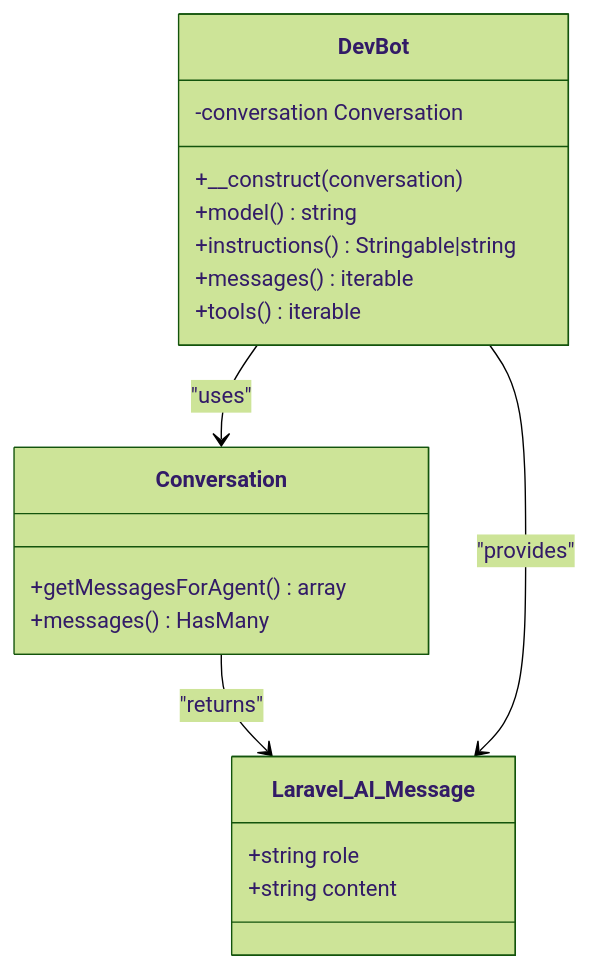
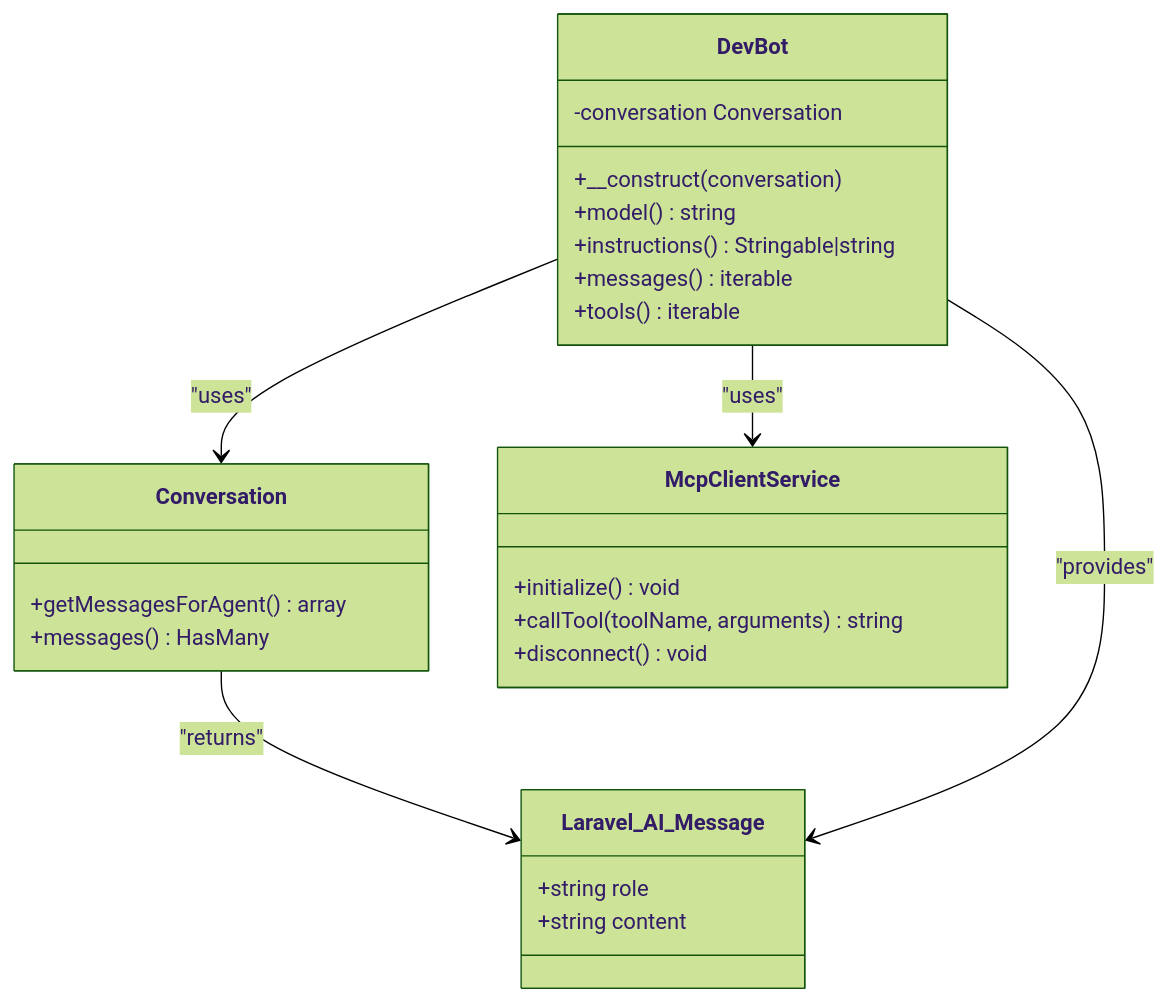
Before and after one commit to siimliimand/laravel-assistant: the fifth of 8 diagrams in .qoder/repowiki/en/content/Database and Data Management/Conversation Persistence System.md, drawn with Mermaid (forest theme). The commit also changed other lines of this file and 7 other files, not shown here.

First line of the commit message:
feat(mcp-client): integrate MCP protocol client service for DevBot AI agent tools

````diff
--- a/.qoder/repowiki/en/content/Database and Data Management/Conversation Persistence System.md
+++ b/.qoder/repowiki/en/content/Database and Data Management/Conversation Persistence System.md
@@ -243,22 +255,28 @@
 ```mermaid
 classDiagram
 class DevBot {
 -conversation Conversation
 +__construct(conversation)
 +model() string
 +instructions() Stringable|string
 +messages() iterable
 +tools() iterable
 }
 class Conversation {
 +getMessagesForAgent() array
 +messages() HasMany
 }
 class Laravel_AI_Message {
 +string role
 +string content
 }
+class McpClientService {
++initialize() void
++callTool(toolName, arguments) string
++disconnect() void
+}
 DevBot --> Conversation : "uses"
 Conversation --> Laravel_AI_Message : "returns"
 DevBot --> Laravel_AI_Message : "provides"
+DevBot --> McpClientService : "uses"
 ```
````
